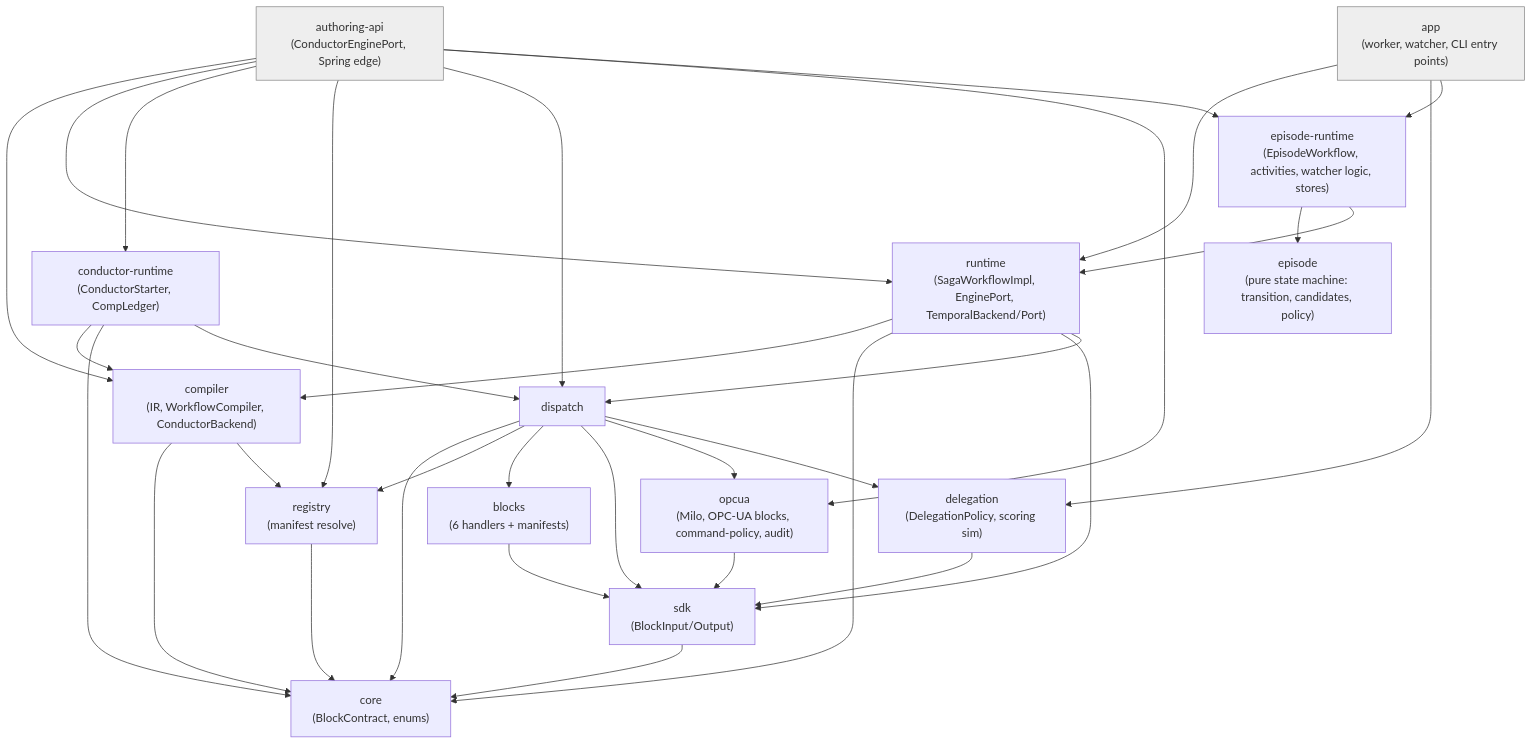
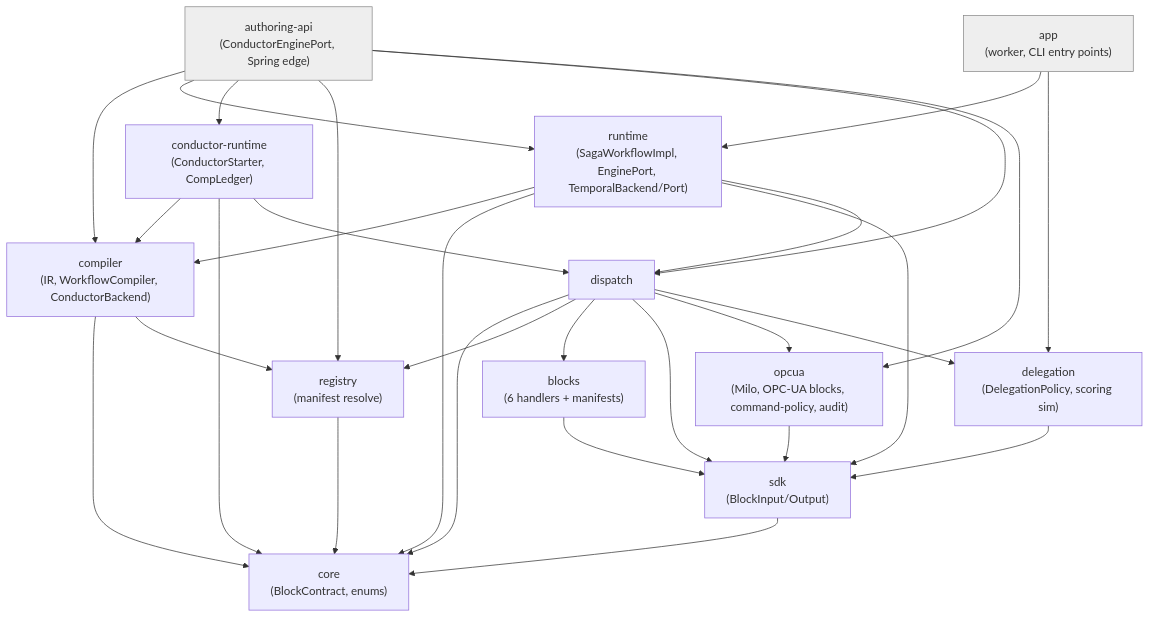
The fifth of 6 diagrams in docs/architecture.md (yggdrasil-iiot/hermod), drawn with Mermaid before and after one commit. The commit also changed other lines of this file and 229 other files, not shown here.

````diff
--- a/docs/architecture.md
+++ b/docs/architecture.md
@@ -271,53 +260,47 @@
 ```mermaid
 flowchart TD
   core["core<br/>(BlockContract, enums)"]
   sdk["sdk<br/>(BlockInput/Output)"]
   registry["registry<br/>(manifest resolve)"]
   blocks["blocks<br/>(6 handlers + manifests)"]
   dispatch["dispatch"]
   compiler["compiler<br/>(IR, WorkflowCompiler, ConductorBackend)"]
   runtime["runtime<br/>(SagaWorkflowImpl, EnginePort, TemporalBackend/Port)"]
   conductorrt["conductor-runtime<br/>(ConductorStarter, CompLedger)"]
   api["authoring-api<br/>(ConductorEnginePort, Spring edge)"]
-  app["app<br/>(worker, watcher, CLI entry points)"]
+  app["app<br/>(worker, CLI entry points)"]
   opcua["opcua<br/>(Milo, OPC-UA blocks, command-policy, audit)"]
   delegation["delegation<br/>(DelegationPolicy, scoring sim)"]
-  episode["episode<br/>(pure state machine: transition, candidates, policy)"]
-  episodert["episode-runtime<br/>(EpisodeWorkflow, activities, watcher logic, stores)"]
 
   sdk --> core
   registry --> core
   blocks --> sdk
   dispatch --> core
   dispatch --> registry
   dispatch --> blocks
   dispatch --> sdk
   dispatch --> opcua
   opcua --> sdk
   compiler --> core
   compiler --> registry
   runtime --> compiler
   runtime --> core
   runtime --> sdk
   runtime --> dispatch
   conductorrt --> compiler
   conductorrt --> core
   conductorrt --> dispatch
   api --> compiler
   api --> runtime
   api --> conductorrt
   api --> registry
   api --> dispatch
   api --> opcua
   app --> runtime
   delegation --> sdk
   dispatch --> delegation
   app --> delegation
-  episodert --> episode
-  episodert --> runtime
-  app --> episodert
-  api --> episodert
 
   classDef edge fill:#eee,stroke:#888;
   class api,app edge;
 ```
````
